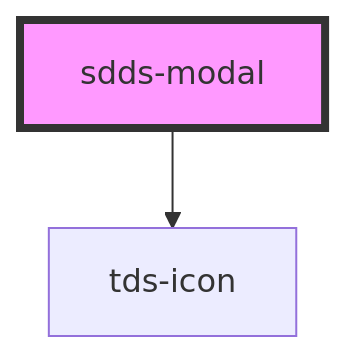
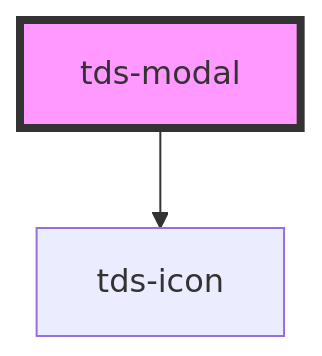
The diagram in core/src/components/modal/readme.md (scania-digital-design-system/tegel), drawn with Mermaid before and after one commit. The commit also changed other lines of this file and 4 other files, not shown here.

````diff
--- a/core/src/components/modal/readme.md
+++ b/core/src/components/modal/readme.md
@@ -55,5 +57,5 @@
 ```mermaid
 graph TD;
-  sdds-modal --> tds-icon
-  style sdds-modal fill:#f9f,stroke:#333,stroke-width:4px
+  tds-modal --> tds-icon
+  style tds-modal fill:#f9f,stroke:#333,stroke-width:4px
 ```
````
